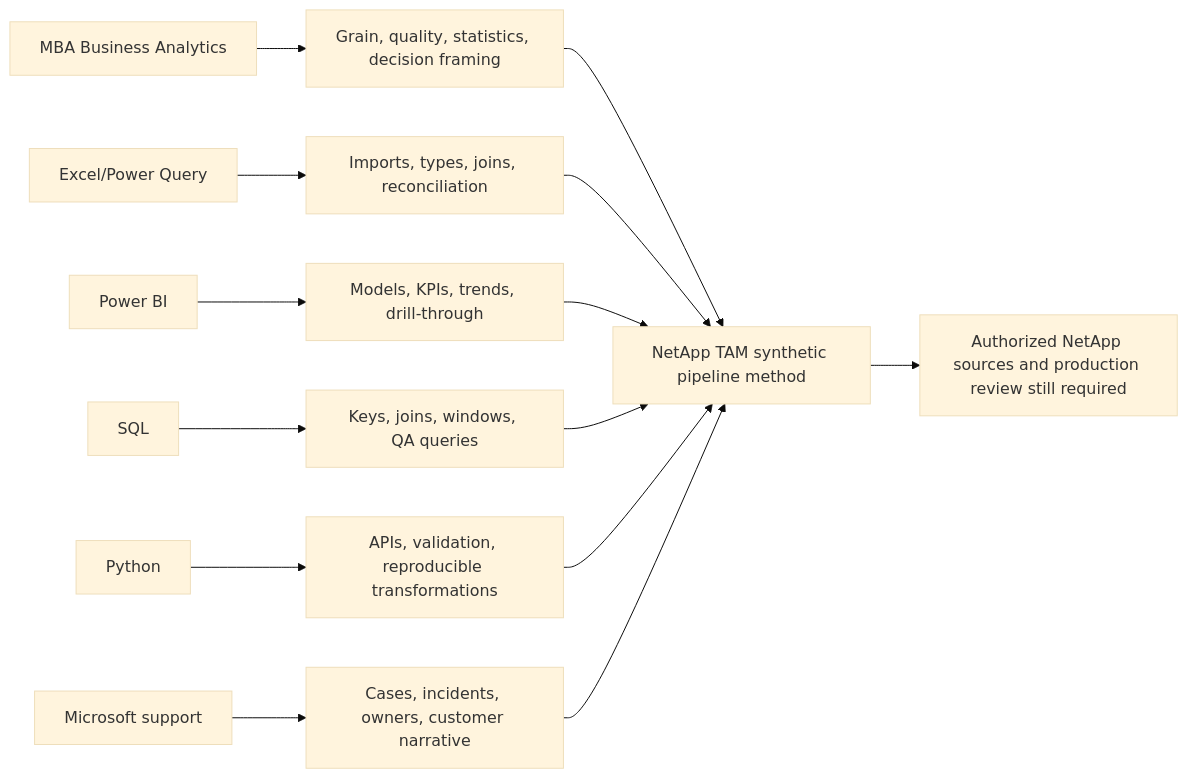
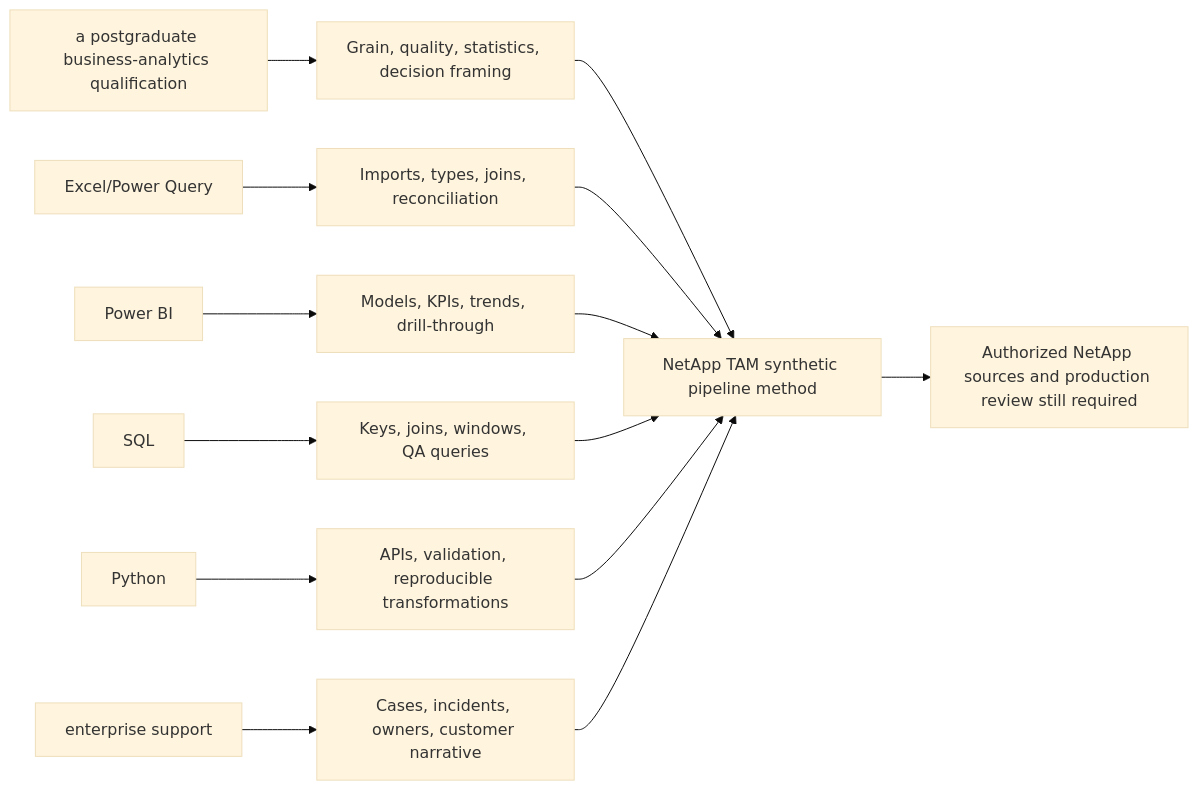
One commit to hichauhan-in/Interview-Prep changed diagram 34 of 35 in NetApp TAM/prep/Part-56-customer-data-pipeline.md. Above: the diagram before and after it, drawn with Mermaid (base theme). The commit also changed other lines of this file and 493 other files, not shown here.

````diff
--- a/NetApp TAM/prep/Part-56-customer-data-pipeline.md
+++ b/NetApp TAM/prep/Part-56-customer-data-pipeline.md
@@ -1013,16 +1013,16 @@
 ```mermaid
 flowchart LR
-    MBA[MBA Business Analytics] --> MODEL[Grain, quality, statistics, decision framing]
+    MBA[a postgraduate business-analytics qualification] --> MODEL[Grain, quality, statistics, decision framing]
     EXCEL[Excel/Power Query] --> ETL[Imports, types, joins, reconciliation]
     PBI[Power BI] --> VIS[Models, KPIs, trends, drill-through]
     SQL[SQL] --> DB[Keys, joins, windows, QA queries]
     PY[Python] --> AUTO[APIs, validation, reproducible transformations]
-    MS[Microsoft support] --> EVID[Cases, incidents, owners, customer narrative]
+    MS[enterprise support] --> EVID[Cases, incidents, owners, customer narrative]
     MODEL --> TAM[NetApp TAM synthetic pipeline method]
     ETL --> TAM
     VIS --> TAM
     DB --> TAM
     AUTO --> TAM
     EVID --> TAM
     TAM --> GAP[Authorized NetApp sources and production review still required]
 ```
````
